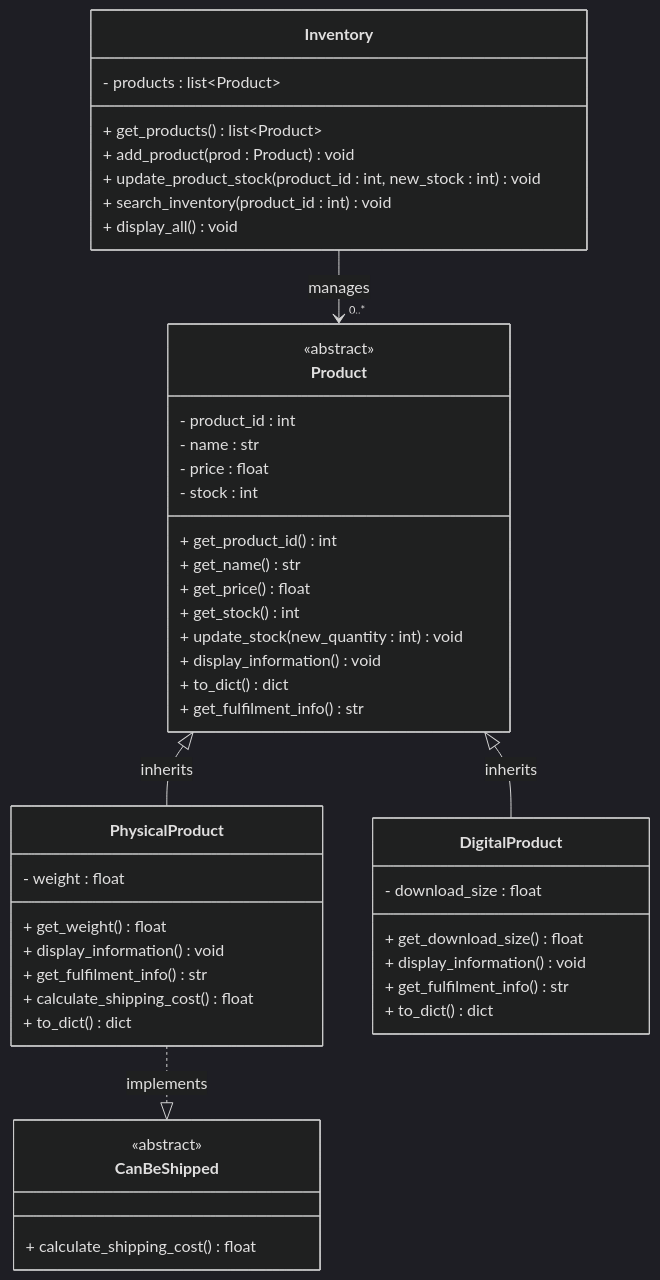
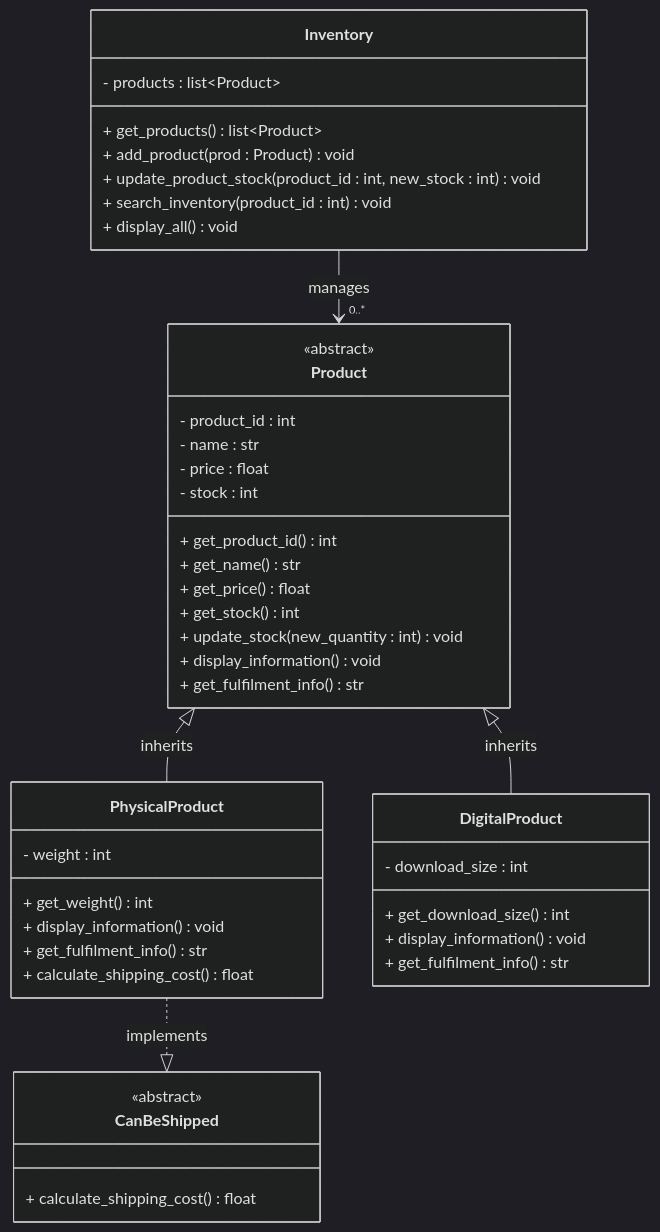
The diagram in UML.mermaid (no-life-tech-nerd/INF1103-Lab7), drawn with Mermaid (dark theme) before and after one commit.

Commit message:
fix(UML); match int types

```diff
--- a/UML.mermaid
+++ b/UML.mermaid
@@ -1,52 +1,49 @@
 classDiagram
     class Product {
         <<abstract>>
         - product_id : int
         - name : str
         - price : float
         - stock : int
         + get_product_id() int
         + get_name() str
         + get_price() float
         + get_stock() int
         + update_stock(new_quantity : int) void
         + display_information() void
-        + to_dict() dict
         + get_fulfilment_info() str
     }
 
     class PhysicalProduct {
-        - weight : float
-        + get_weight() float
+        - weight : int
+        + get_weight() int
         + display_information() void
         + get_fulfilment_info() str
         + calculate_shipping_cost() float
-        + to_dict() dict
     }
 
     class DigitalProduct {
-        - download_size : float
-        + get_download_size() float
+        - download_size : int
+        + get_download_size() int
         + display_information() void
         + get_fulfilment_info() str
-        + to_dict() dict
     }
 
     class CanBeShipped {
         <<abstract>>
         + calculate_shipping_cost() float
     }
 
     class Inventory {
         - products : list~Product~
         + get_products() list~Product~
         + add_product(prod : Product) void
         + update_product_stock(product_id : int, new_stock : int) void
         + search_inventory(product_id : int) void
         + display_all() void
     }
 
     Product <|-- PhysicalProduct : inherits
     Product <|-- DigitalProduct : inherits
     PhysicalProduct ..|> CanBeShipped : implements
     Inventory --> "0..*" Product : manages
```
